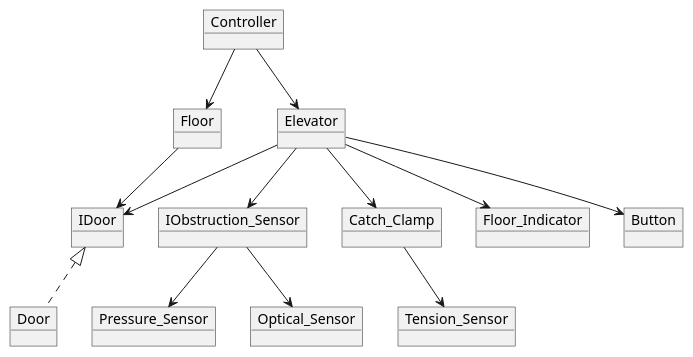
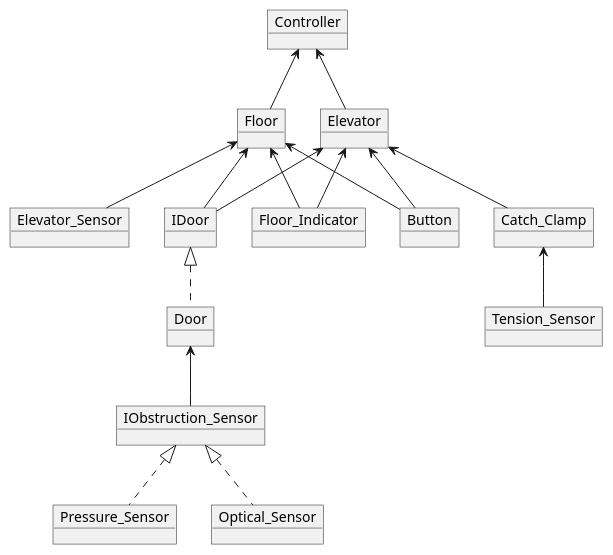
One commit to MarijnVerschuren/Tech changed the diagram in software/design/elevator/object_diagram.puml. Above: the diagram before and after it, drawn with PlantUML. The commit also changed 17 other files, not shown here.

```diff
--- a/software/design/elevator/object_diagram.puml
+++ b/software/design/elevator/object_diagram.puml
@@ -1,28 +1,32 @@
 @startuml
 object Controller
 object Elevator
 object Floor
 object IDoor
 object Door
 object IObstruction_Sensor
 object Pressure_Sensor
 object Optical_Sensor
 object Tension_Sensor
 object Catch_Clamp
 object Floor_Indicator
+object Elevator_Sensor
 object Button
 
-Controller --> Elevator
-Controller --> Floor
-Floor --> IDoor
-Elevator --> IDoor
-IDoor <|.. Door
-Elevator --> Button
-Elevator --> Floor_Indicator
-Elevator --> IObstruction_Sensor
-IObstruction_Sensor --> Pressure_Sensor
-IObstruction_Sensor --> Optical_Sensor
-Catch_Clamp --> Tension_Sensor
-Elevator --> Catch_Clamp
+Controller				<--		Elevator
+Controller				<--		Floor
+Floor					<--		IDoor
+Elevator				<--		IDoor
+IDoor					<|..	Door
+Elevator				<--		Button
+Floor					<--		Button
+Elevator				<--		Floor_Indicator
+Floor					<--		Floor_Indicator
+Floor					<--		Elevator_Sensor
+Door					<--		IObstruction_Sensor
+IObstruction_Sensor		<|..	Pressure_Sensor
+IObstruction_Sensor		<|..	Optical_Sensor
+Catch_Clamp				<--		Tension_Sensor
+Elevator				<--		Catch_Clamp
 
 @enduml
```
